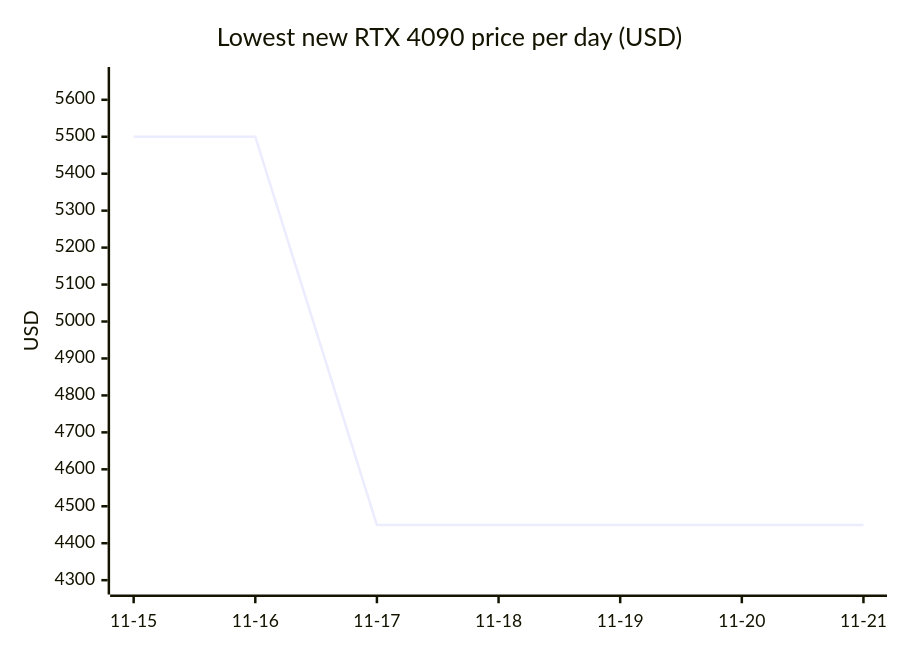
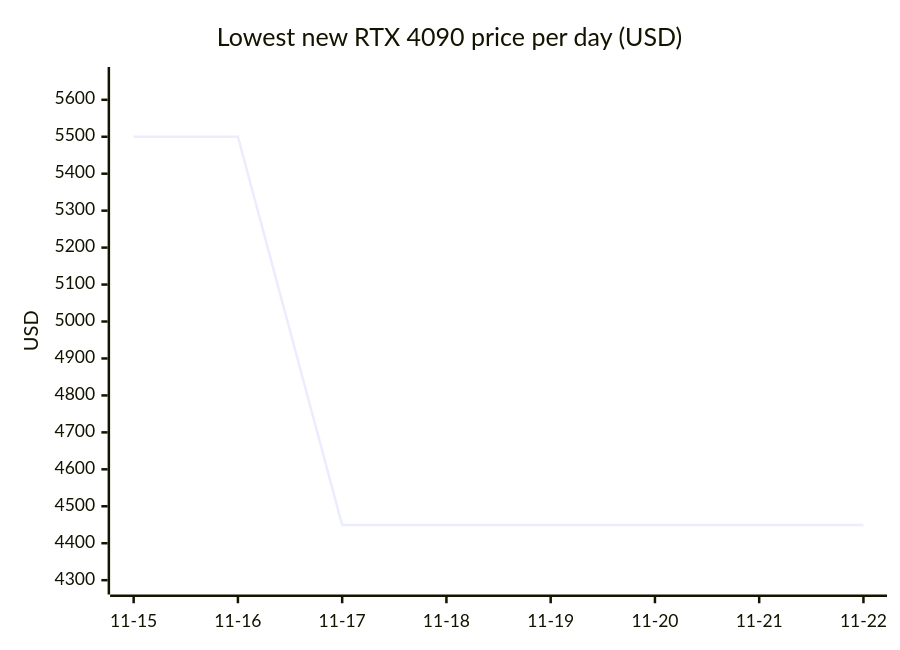
One commit to 7324136828/4tb_ssd_price_watch changed the seventh of 18 diagrams in README.md. Above: the diagram before and after it, drawn with Mermaid. The commit also changed other lines of this file, not shown here.

````diff
--- a/README.md
+++ b/README.md
@@ -801,7 +831,7 @@
 ```mermaid
 xychart-beta
     title "Lowest new RTX 4090 price per day (USD)"
-    x-axis ["11-15", "11-16", "11-17", "11-18", "11-19", "11-20", "11-21"]
+    x-axis ["11-15", "11-16", "11-17", "11-18", "11-19", "11-20", "11-21", "11-22"]
     y-axis "USD" 4290 --> 5660
-    line [5500.00, 5500.00, 4449.00, 4449.00, 4449.00, 4449.00, 4449.00]
+    line [5500.00, 5500.00, 4449.00, 4449.00, 4449.00, 4449.00, 4449.00, 4449.00]
 ```
````
